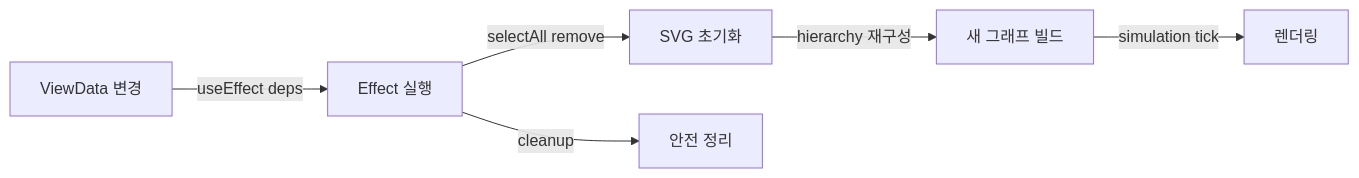
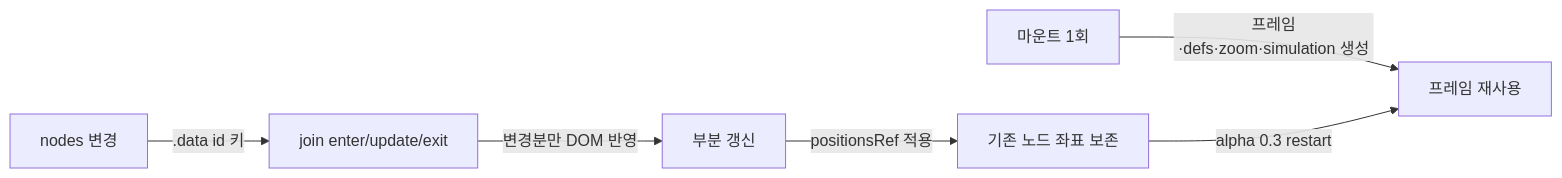
The fifth of 5 diagrams in 취업/content/portfolio/Product-Engineer/chatGraph_portfolio.md (E0min/obsidian-dev), drawn with Mermaid before and after one commit. The commit also changed other lines of this file and 39 other files, not shown here.

````diff
--- a/취업/content/portfolio/Product-Engineer/chatGraph_portfolio.md
+++ b/취업/content/portfolio/Product-Engineer/chatGraph_portfolio.md
@@ -112,8 +112,8 @@
 ```mermaid
 flowchart LR
-    Data[ViewData 변경] -->|useEffect deps| Effect[Effect 실행]
-    Effect -->|selectAll remove| Clear[SVG 초기화]
-    Clear -->|hierarchy 재구성| Build[새 그래프 빌드]
-    Build -->|simulation tick| Render[렌더링]
-    Effect -->|cleanup| Unmount[안전 정리]
+    Mount[마운트 1회] -->|프레임·defs·zoom·simulation 생성| Frame[프레임 재사용]
+    Data[nodes 변경] -->|.data id 키| Join["join enter/update/exit"]
+    Join -->|변경분만 DOM 반영| Patch[부분 갱신]
+    Patch -->|positionsRef 적용| Keep[기존 노드 좌표 보존]
+    Keep -->|alpha 0.3 restart| Frame
 ```
````
